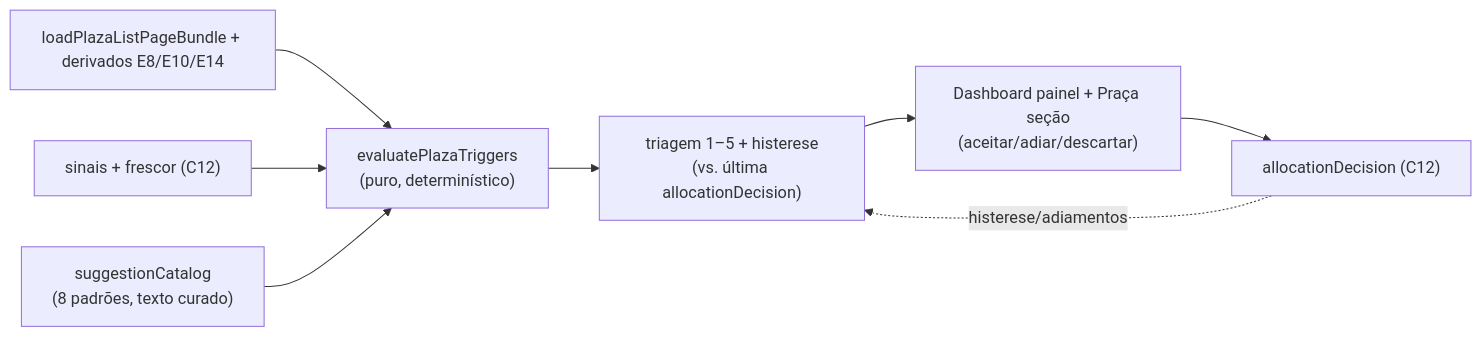
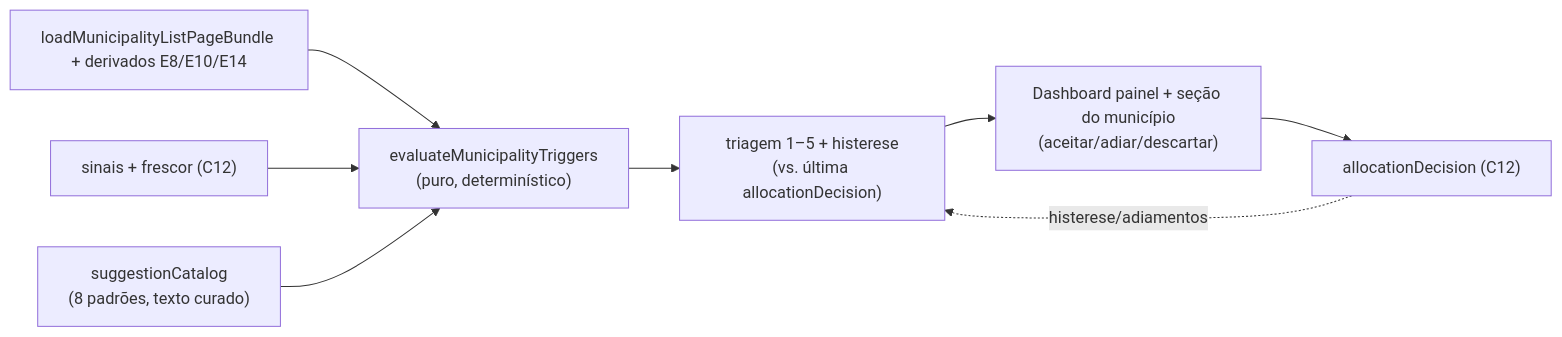
One commit to fsolla/teqo changed the diagram in docs/plans/motor-de-sugestoes.md. Above: the diagram before and after it, drawn with Mermaid. The commit also changed other lines of this file and 41 other files, not shown here.

````diff
--- a/docs/plans/motor-de-sugestoes.md
+++ b/docs/plans/motor-de-sugestoes.md
@@ -51,15 +51,15 @@
 ```mermaid
 flowchart LR
-    Bundle["loadPlazaListPageBundle + derivados E8/E10/E14"]
+    Bundle["loadMunicipalityListPageBundle + derivados E8/E10/E14"]
     Signals["sinais + frescor (C12)"]
     Cat["suggestionCatalog<br/>(8 padrões, texto curado)"]
-    Eval["evaluatePlazaTriggers<br/>(puro, determinístico)"]
+    Eval["evaluateMunicipalityTriggers<br/>(puro, determinístico)"]
     Triage["triagem 1–5 + histerese<br/>(vs. última allocationDecision)"]
-    UI["Dashboard painel + Praça seção<br/>(aceitar/adiar/descartar)"]
+    UI["Dashboard painel + seção do município<br/>(aceitar/adiar/descartar)"]
     Dec["allocationDecision (C12)"]
     Bundle --> Eval
     Signals --> Eval
     Cat --> Eval
     Eval --> Triage --> UI --> Dec
     Dec -.histerese/adiamentos.-> Triage
 ```
````
